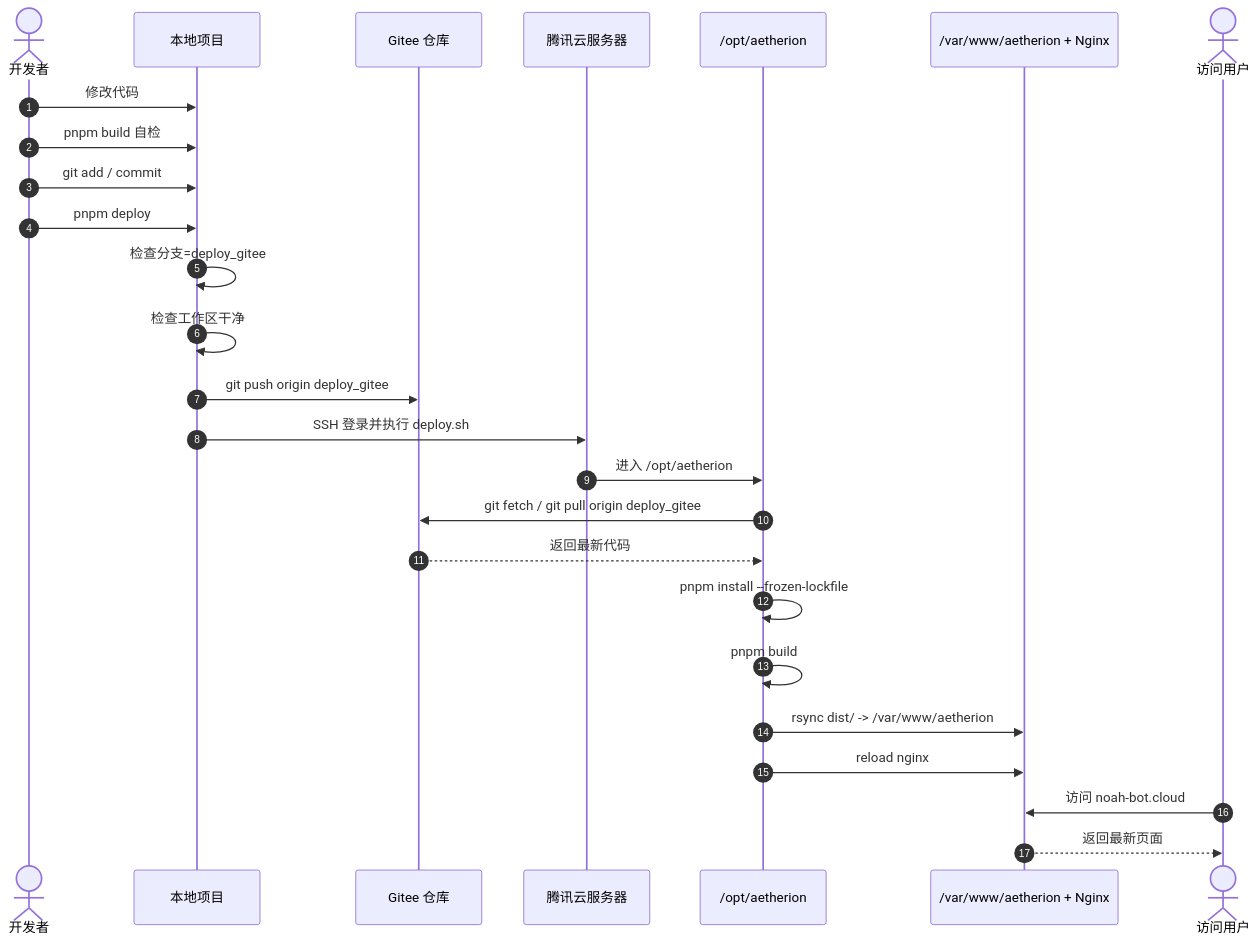
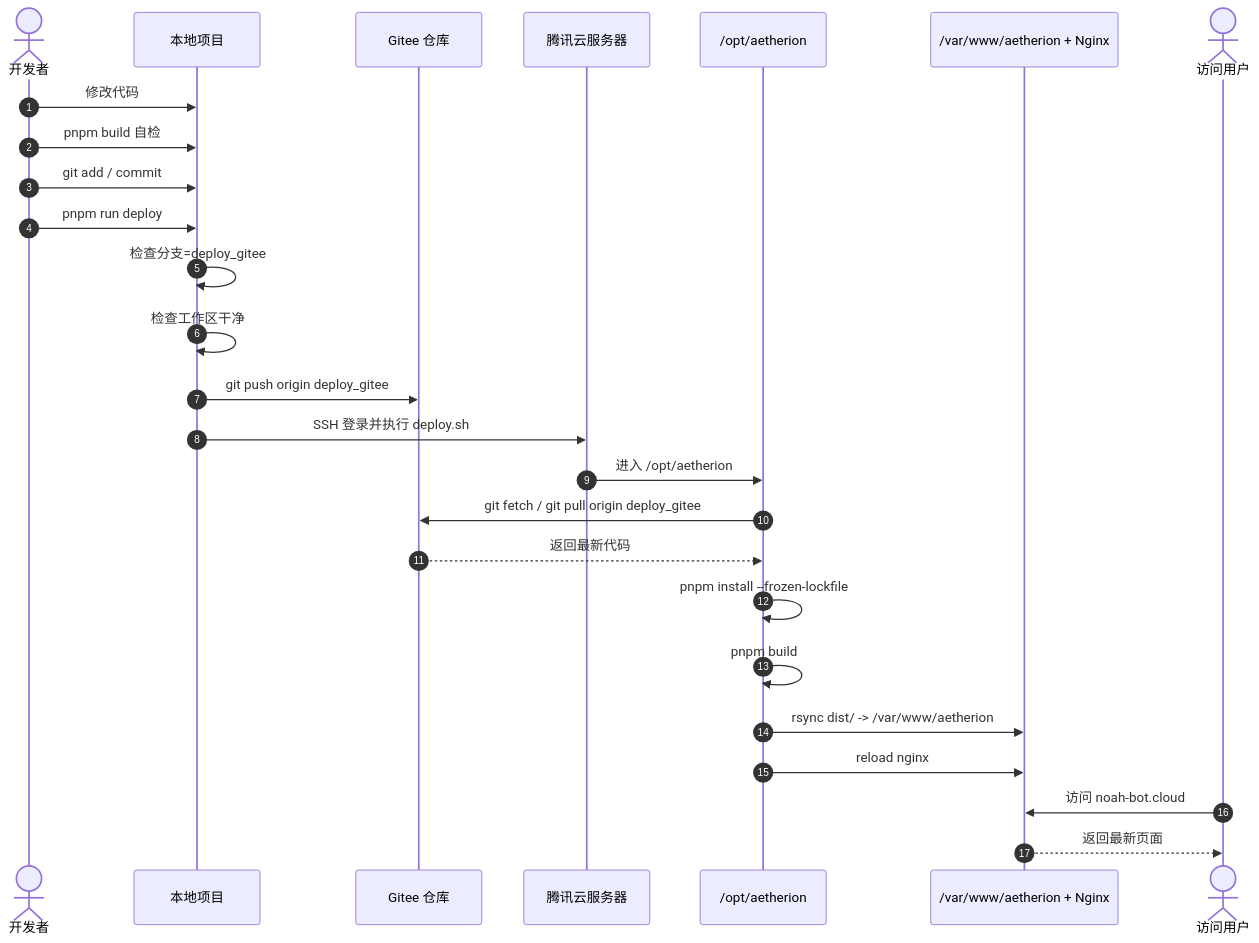
The fourth of 4 diagrams in DEPLOY_FLOW.md (ShowTimeWalker/Aetherion), drawn with Mermaid before and after one commit. The commit also changed other lines of this file and 1 other file, not shown here.

Commit message:
fix: use pnpm run deploy command

````diff
--- a/DEPLOY_FLOW.md
+++ b/DEPLOY_FLOW.md
@@ -134,29 +134,29 @@
 ```mermaid
 sequenceDiagram
     autonumber
     actor Dev as 开发者
     participant Local as 本地项目
     participant Gitee as Gitee 仓库
     participant Server as 腾讯云服务器
     participant Repo as /opt/aetherion
     participant Site as /var/www/aetherion + Nginx
     actor User as 访问用户
 
     Dev->>Local: 修改代码
     Dev->>Local: pnpm build 自检
     Dev->>Local: git add / commit
-    Dev->>Local: pnpm deploy
+    Dev->>Local: pnpm run deploy
     Local->>Local: 检查分支=deploy_gitee
     Local->>Local: 检查工作区干净
     Local->>Gitee: git push origin deploy_gitee
     Local->>Server: SSH 登录并执行 deploy.sh
     Server->>Repo: 进入 /opt/aetherion
     Repo->>Gitee: git fetch / git pull origin deploy_gitee
     Gitee-->>Repo: 返回最新代码
     Repo->>Repo: pnpm install --frozen-lockfile
     Repo->>Repo: pnpm build
     Repo->>Site: rsync dist/ -> /var/www/aetherion
     Repo->>Site: reload nginx
     User->>Site: 访问 noah-bot.cloud
     Site-->>User: 返回最新页面
 ```
````
